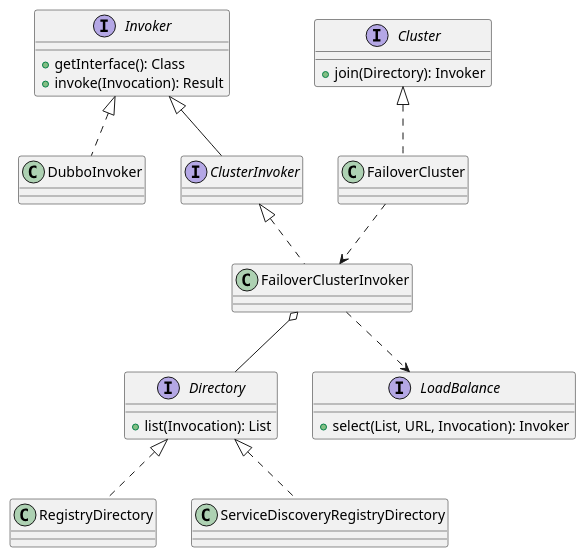
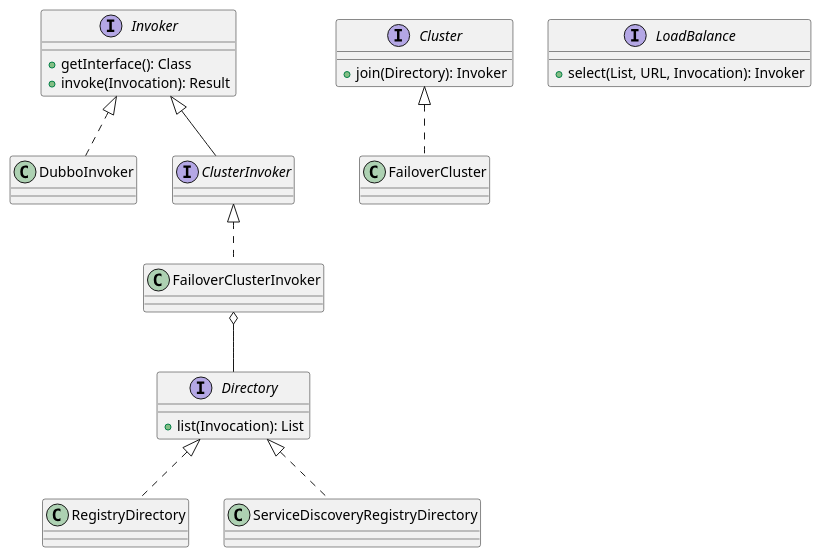
Before and after one commit to kevinwang930/kevinwang930.github.io: the fifth of 16 diagrams in content/post/network/dubbo/index.md, drawn with PlantUML. The commit also changed other lines of this file, not shown here.

````diff
--- a/content/post/network/dubbo/index.md
+++ b/content/post/network/dubbo/index.md
@@ -977,32 +1241,30 @@
 ```plantuml
 @startuml
 top to bottom direction
 
 interface Invoker {
   + getInterface(): Class
   + invoke(Invocation): Result
 }
 class DubboInvoker implements Invoker
 interface ClusterInvoker extends Invoker
 class FailoverClusterInvoker implements ClusterInvoker
 
 interface Directory {
   + list(Invocation): List
 }
 class RegistryDirectory implements Directory
 class ServiceDiscoveryRegistryDirectory implements Directory
 
 interface Cluster {
   + join(Directory): Invoker
 }
 class FailoverCluster implements Cluster
 
 interface LoadBalance {
   + select(List, URL, Invocation): Invoker
 }
 
-FailoverCluster ..> FailoverClusterInvoker
 FailoverClusterInvoker o-- Directory
-FailoverClusterInvoker ..> LoadBalance
 @enduml
 ```
````
